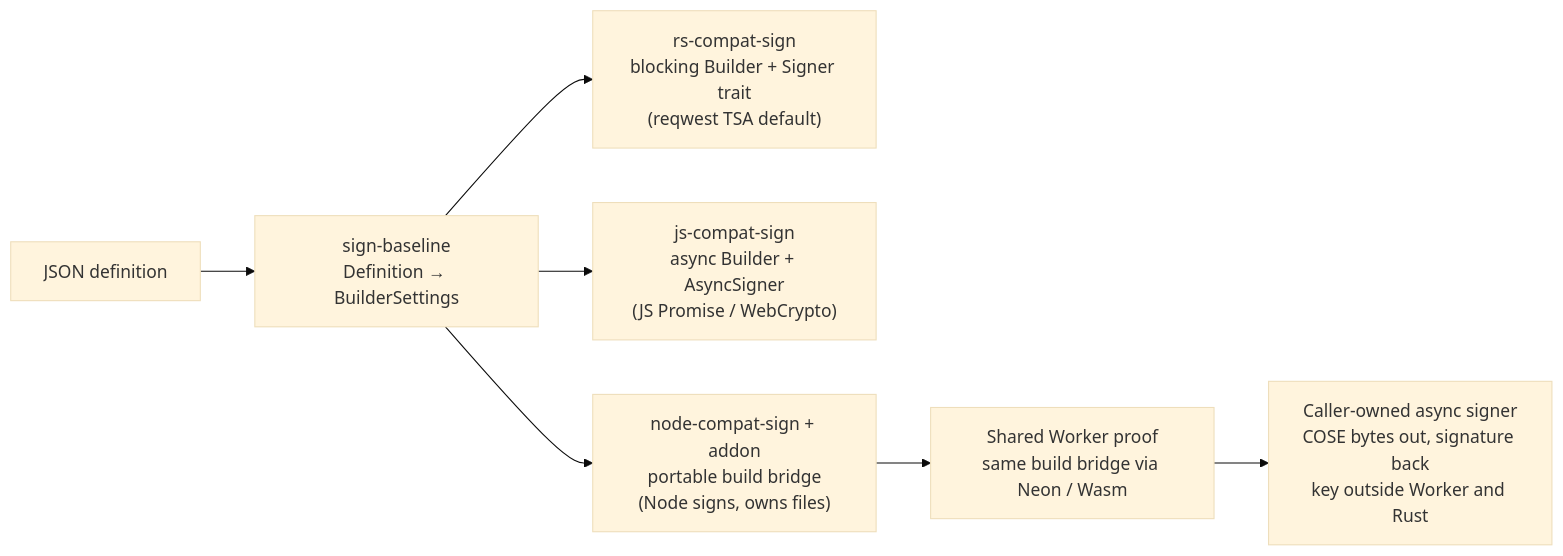
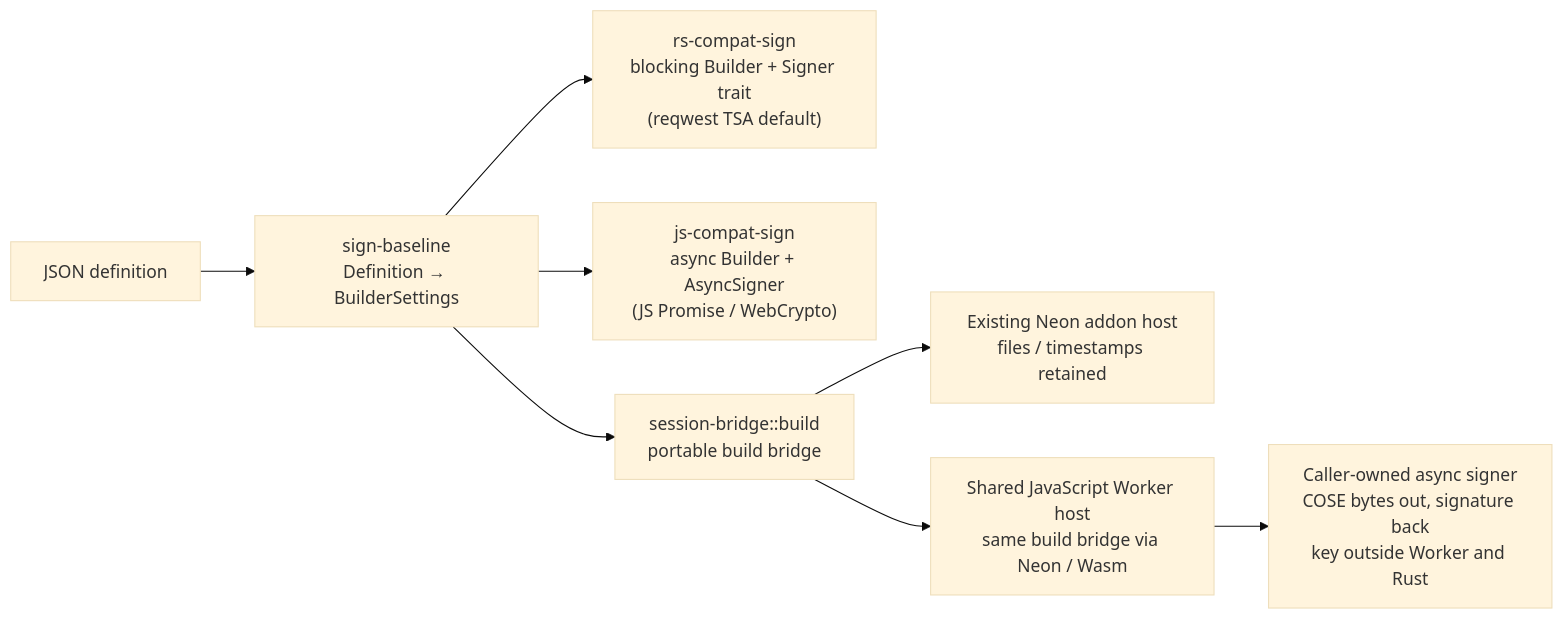
The second of 2 diagrams in docs/walkthrough/06-bindings.md (scouten/state-machine-experiment), drawn with Mermaid (base theme) before and after one commit. The commit also changed other lines of this file and 100 other files, not shown here.

First line of the commit message:
Promote shared JavaScript host and extract neutral session bridges

````diff
--- a/docs/walkthrough/06-bindings.md
+++ b/docs/walkthrough/06-bindings.md
@@ -88,9 +106,10 @@
 ```mermaid
 flowchart LR
     D["JSON definition"] --> SB["sign-baseline<br/>Definition → BuilderSettings"]
     SB --> RS["rs-compat-sign<br/>blocking Builder + Signer trait<br/>(reqwest TSA default)"]
     SB --> JS["js-compat-sign<br/>async Builder + AsyncSigner<br/>(JS Promise / WebCrypto)"]
-    SB --> ND["node-compat-sign + addon<br/>portable build bridge<br/>(Node signs, owns files)"]
-    ND --> WP["Shared Worker proof<br/>same build bridge via Neon / Wasm"]
+    SB --> ND["session-bridge::build<br/>portable build bridge"]
+    ND --> OLD["Existing Neon addon host<br/>files / timestamps retained"]
+    ND --> WP["Shared JavaScript Worker host<br/>same build bridge via Neon / Wasm"]
     WP --> CB["Caller-owned async signer<br/>COSE bytes out, signature back<br/>key outside Worker and Rust"]
 ```
````
